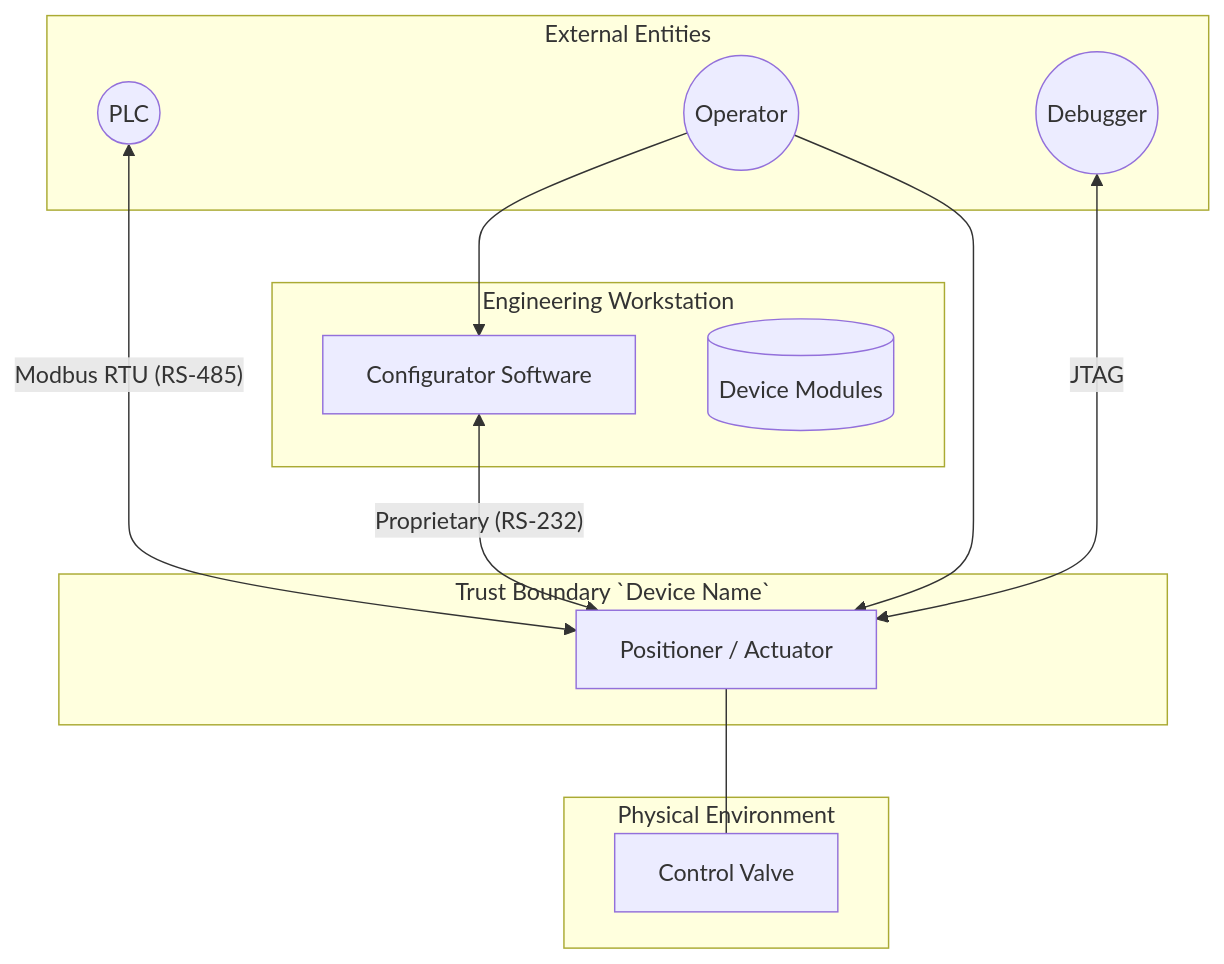
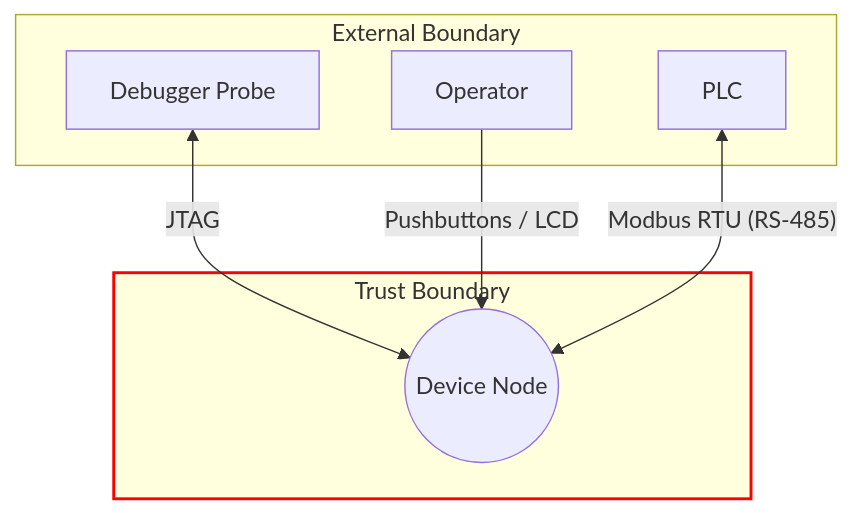
Before and after one commit to sentenz/skills: the diagram in skills/threat-modeling-ics/SKILL.md, drawn with Mermaid. The commit also changed other lines of this file, not shown here.

````diff
--- a/skills/threat-modeling-ics/SKILL.md
+++ b/skills/threat-modeling-ics/SKILL.md
@@ -622,33 +621,23 @@
   ```mermaid
   flowchart TD
-    %% Layer 0 (System) - External Entities
-    subgraph External_Entities [External Entities]
-        PLC((PLC))
-        USER((Operator))
-        DEBUGGER((Debugger))
-    end
+      classDef deviceBoundary stroke:#ff0000,stroke-width:2px;
 
-    %% Layer 0 (System) - Engineering Workstation
-    subgraph Management_Zone [Engineering Workstation]
-        CFG[Configurator Software]
-        DB[(Device Modules)]
-    end
+      %% External Trust Boundary
+      subgraph External_Boundary [External Boundary]
+          PLC[PLC]
+          USER[Operator]
+          DEBUGGER[Debugger Probe]
+      end
 
-    %% Layer 0 (System) - Device Trust Boundary
-    subgraph Device_Boundary [Trust Boundary `Device Name`]
-        DEVICE[Positioner / Actuator]
-    end
+      %% Device Boundary
+      subgraph Device_Boundary [Trust Boundary]
+          DEVICE((Device Node))
+      end
 
-    %% Layer 0 (System) - Physical Process
-    subgraph Physical_Process [Physical Environment]
-        VALVE[Control Valve]
-    end
+      %% Data Flows
+      DEBUGGER <--> |"JTAG"| DEVICE
+      USER --> |"Pushbuttons / LCD"| DEVICE
+      PLC <--> |"Modbus RTU (RS-485)"| DEVICE
 
-    %% Data Flows
-    USER --> CFG
-    CFG <--> |"Proprietary (RS-232)"| DEVICE
-    PLC <--> |"Modbus RTU (RS-485)"| DEVICE
-    DEBUGGER <--> |"JTAG"| DEVICE
-    USER --> DEVICE
-    DEVICE --- VALVE
+      class Device_Boundary deviceBoundary;
   ```
````
